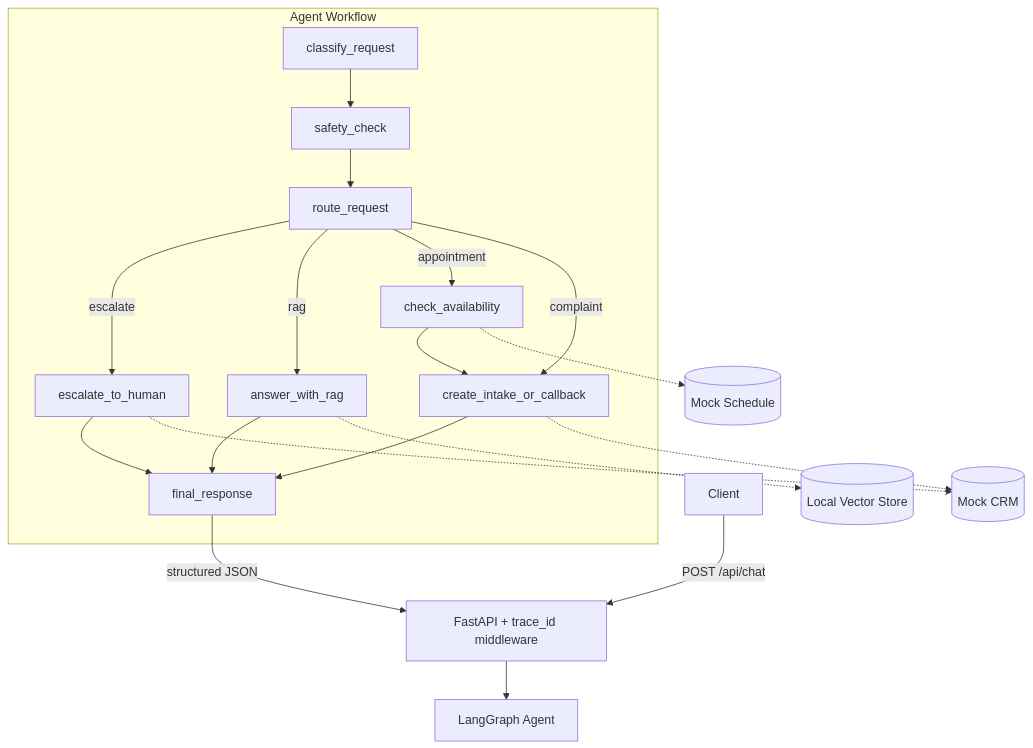
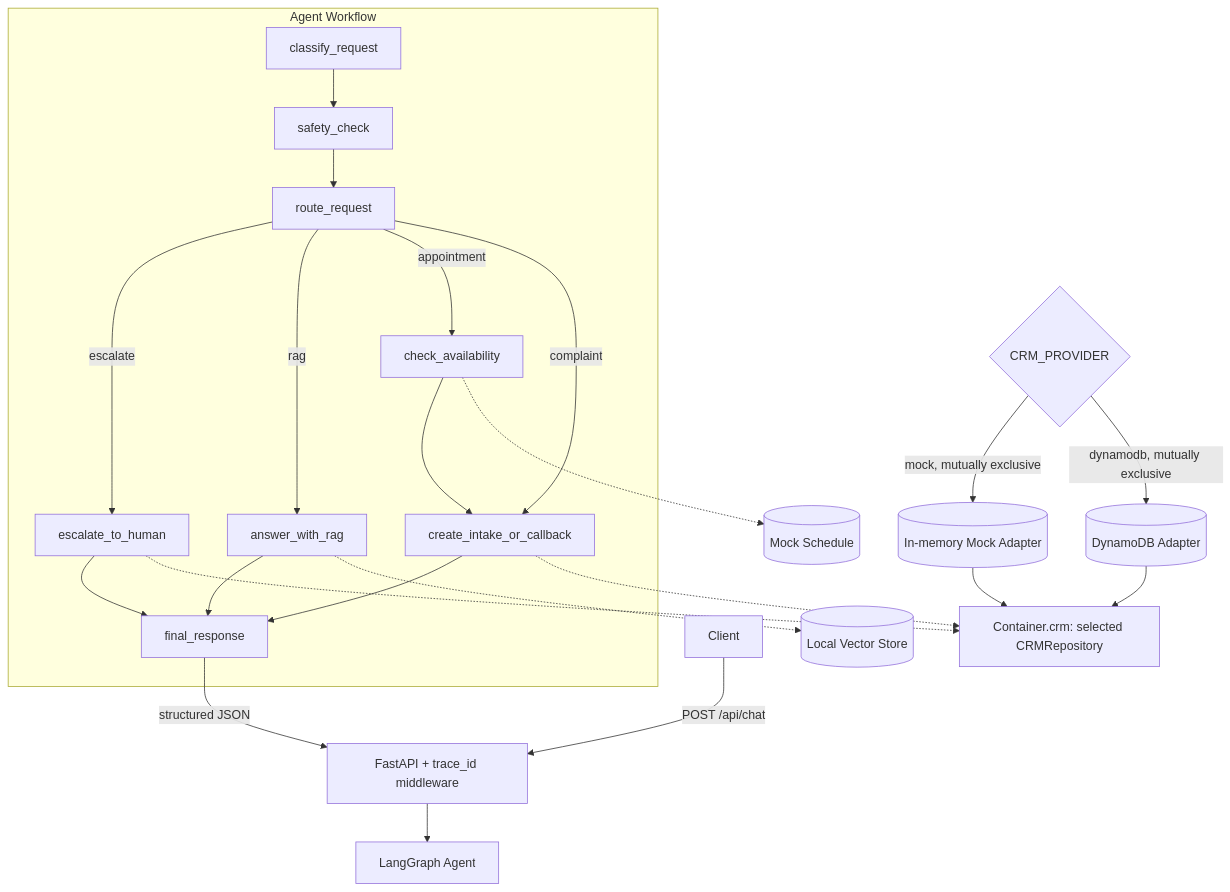
One commit to etonealbert/doc-helper-ai-agent changed the diagram in README.md. Above: the diagram before and after it, drawn with Mermaid. The commit also changed other lines of this file and 23 other files, not shown here.

Commit message:
DynamoDB CRM implemented and done

````diff
--- a/README.md
+++ b/README.md
@@ -54,24 +55,30 @@
 ```mermaid
 flowchart TD
     Client[Client] -->|POST /api/chat| API[FastAPI + trace_id middleware]
     API --> Agent[LangGraph Agent]
 
     subgraph Agent Workflow
         C[classify_request] --> S[safety_check]
         S --> R[route_request]
         R -->|escalate| E[escalate_to_human]
         R -->|rag| RAG[answer_with_rag]
         R -->|appointment| AV[check_availability]
         AV --> IN[create_intake_or_callback]
         R -->|complaint| IN
         E --> F[final_response]
         RAG --> F
         IN --> F
     end
 
     RAG -.-> VS[(Local Vector Store)]
     AV -.-> SCH[(Mock Schedule)]
-    IN -.-> CRM[(Mock CRM)]
-    E -.-> CRM
+    IN -.-> SELECTED[Container.crm: selected CRMRepository]
+    E -.-> SELECTED
+
+    CONFIG{CRM_PROVIDER}
+    CONFIG -->|mock, mutually exclusive| MOCK[(In-memory Mock Adapter)]
+    CONFIG -->|dynamodb, mutually exclusive| DDB[(DynamoDB Adapter)]
+    MOCK --> SELECTED
+    DDB --> SELECTED
     F -->|structured JSON| API
 ```
````
